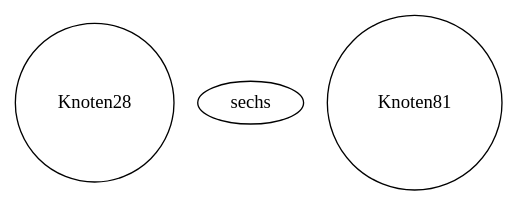
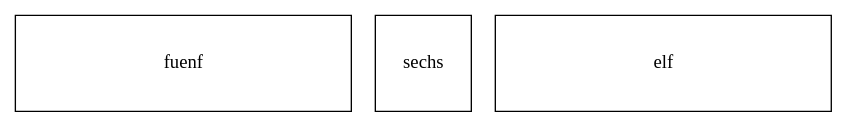
Before and after one commit to stefanrinderle/SoftViz3D: the diagram in x3d/temp.dot, drawn with Graphviz. The commit also changed 15 other files, not shown here.

```diff
--- a/x3d/temp.dot
+++ b/x3d/temp.dot
@@ -1,5 +1,5 @@
 digraph G {
-Knoten28[width="1.65", height="1.65"];
-sechs[width="0.1", height="0.1"];
-Knoten81[width="1.82", height="1.82"];
+fuenf[shape="rectangle" width="3.5", height="1", fixedsize=true];
+sechs[shape="rectangle" width="1", height="1", fixedsize=true];
+elf[shape="rectangle" width="3.5", height="1", fixedsize=true];
 }
```
